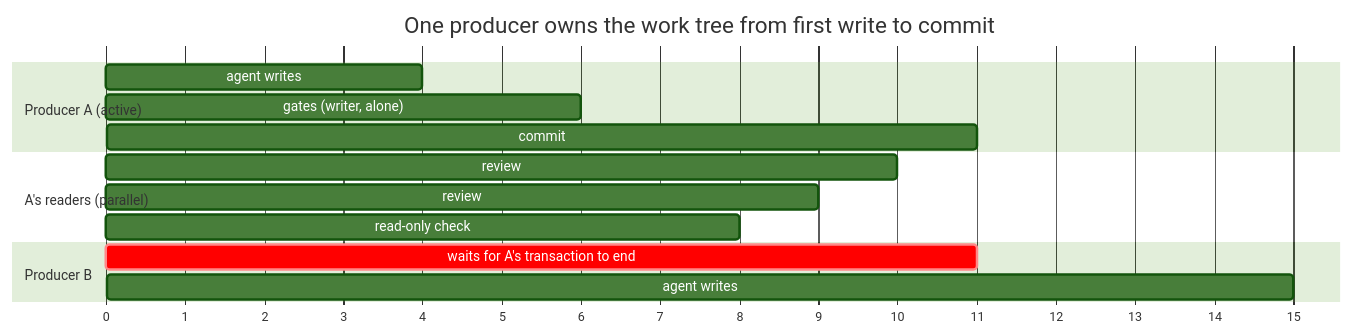
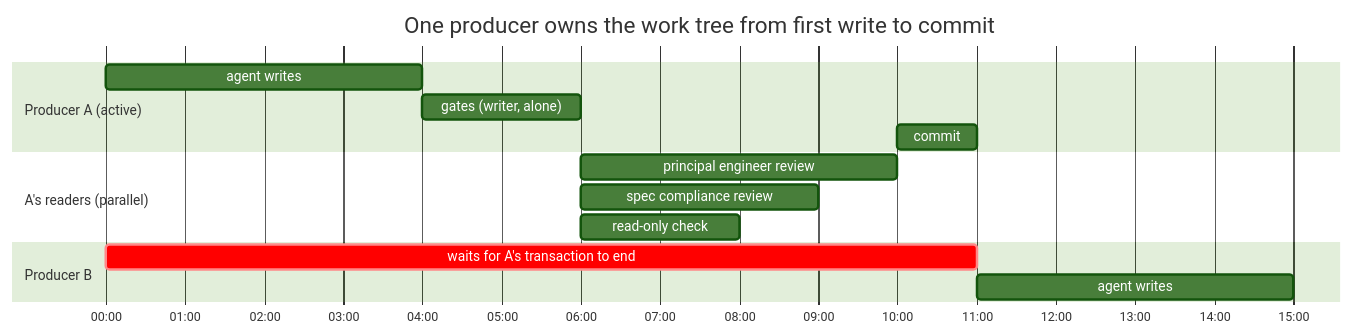
The third of 5 diagrams in task_runner/docs/tutorial/05-architecture.md (miavenet/mv-aipp101-starter), drawn with Mermaid (forest theme) before and after one commit. The commit also changed other lines of this file and 4 other files, not shown here.

Commit message:
Fix tutorial diagram contrast and add Mermaid lint

````diff
--- a/task_runner/docs/tutorial/05-architecture.md
+++ b/task_runner/docs/tutorial/05-architecture.md
@@ -70,17 +70,18 @@
 ```mermaid
 gantt
     title One producer owns the work tree from first write to commit
-    dateFormat X
-    axisFormat %s
+    dateFormat YYYY-MM-DD HH:mm
+    axisFormat %H:%M
+    todayMarker off
     section Producer A (active)
-    agent writes            :a1, 0, 4
-    gates (writer, alone)   :a2, 4, 6
-    commit                  :a5, 10, 11
+    agent writes            :a1, 2026-01-01 00:00, 4h
+    gates (writer, alone)   :a2, after a1, 2h
+    commit                  :a5, after r1, 1h
     section A's readers (parallel)
-    review: principal eng.  :r1, 6, 10
-    review: spec compliance :r2, 6, 9
-    read-only check         :r3, 6, 8
+    principal engineer review :r1, after a2, 4h
+    spec compliance review    :r2, after a2, 3h
+    read-only check           :r3, after a2, 2h
     section Producer B
-    waits for A's transaction to end :crit, b0, 0, 11
-    agent writes            :b1, 11, 15
+    waits for A's transaction to end :crit, b0, 2026-01-01 00:00, 11h
+    agent writes            :b1, after a5, 4h
 ```
````
